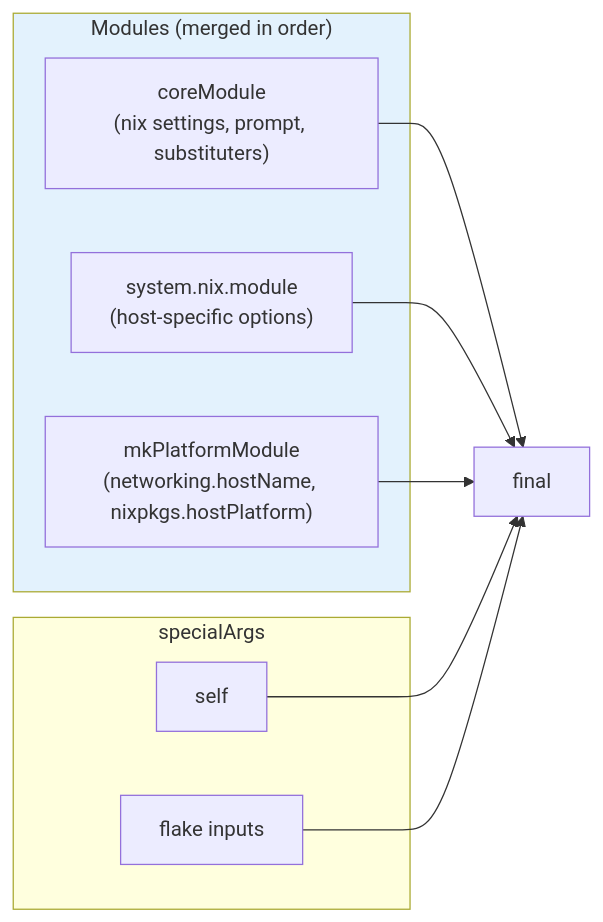
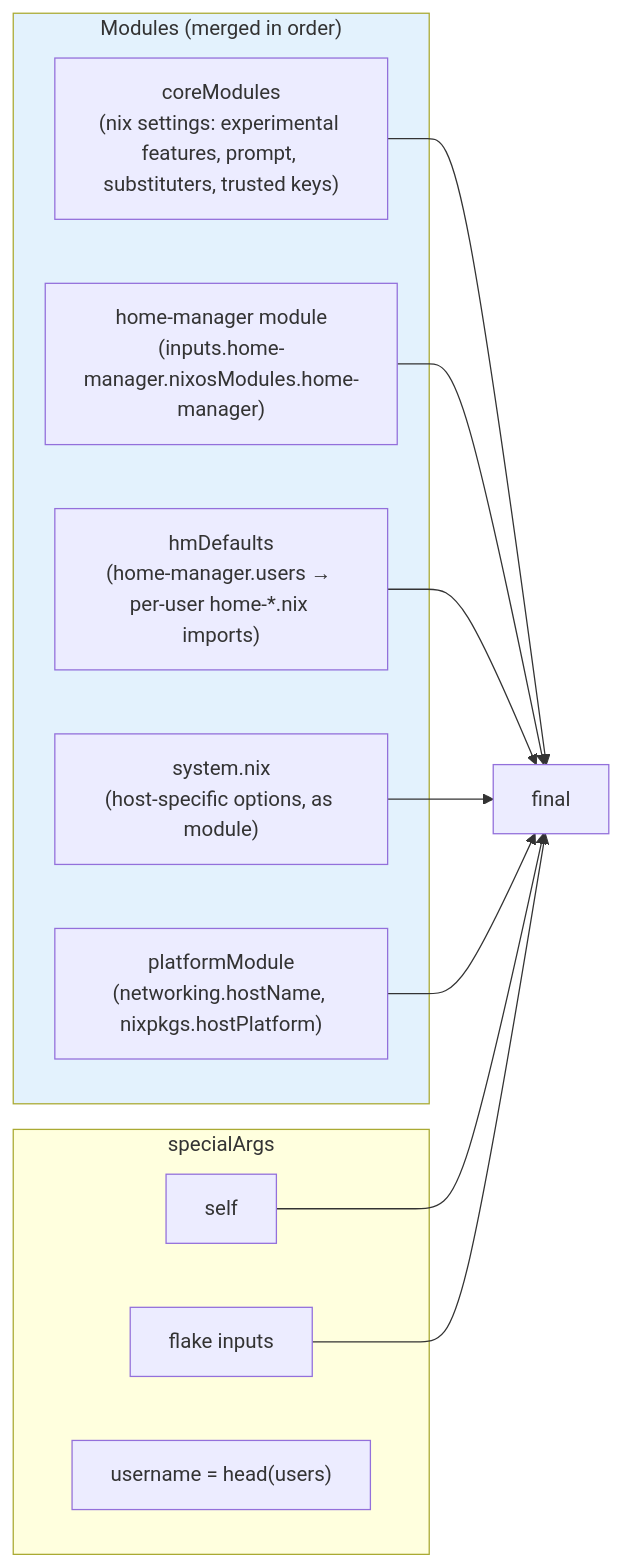
The fourth of 6 diagrams in DESIGN.md (WombatFromHell/automatic-palm-tree), drawn with Mermaid before and after one commit. The commit also changed other lines of this file and 14 other files, not shown here.

````diff
--- a/DESIGN.md
+++ b/DESIGN.md
@@ -161,18 +142,23 @@
 ```mermaid
 flowchart LR
     subgraph M["Modules (merged in order)"]
-        coreMod1["coreModule\n(nix settings, prompt, substituters)"]
-        sysMod["system.nix.module\n(host-specific options)"]
-        platMod["mkPlatformModule\n(networking.hostName, nixpkgs.hostPlatform)"]
+        coreMod1["coreModules\n(nix settings: experimental features, prompt, substituters, trusted keys)"]
+        hmMod1["home-manager module\n(inputs.home-manager.nixosModules.home-manager)"]
+        hmDef1["hmDefaults\n(home-manager.users → per-user home-*.nix imports)"]
+        sysMod["system.nix\n(host-specific options, as module)"]
+        platMod["platformModule\n(networking.hostName, nixpkgs.hostPlatform)"]
     end
     subgraph SA["specialArgs"]
         self["self"]
         inputs["flake inputs"]
+        username["username = head(users)"]
     end
     coreMod1 --> final
+    hmMod1 --> final
+    hmDef1 --> final
     sysMod --> final
     platMod --> final
     self --> final
     inputs --> final
     style M fill:#e3f2fd
 ```
````
